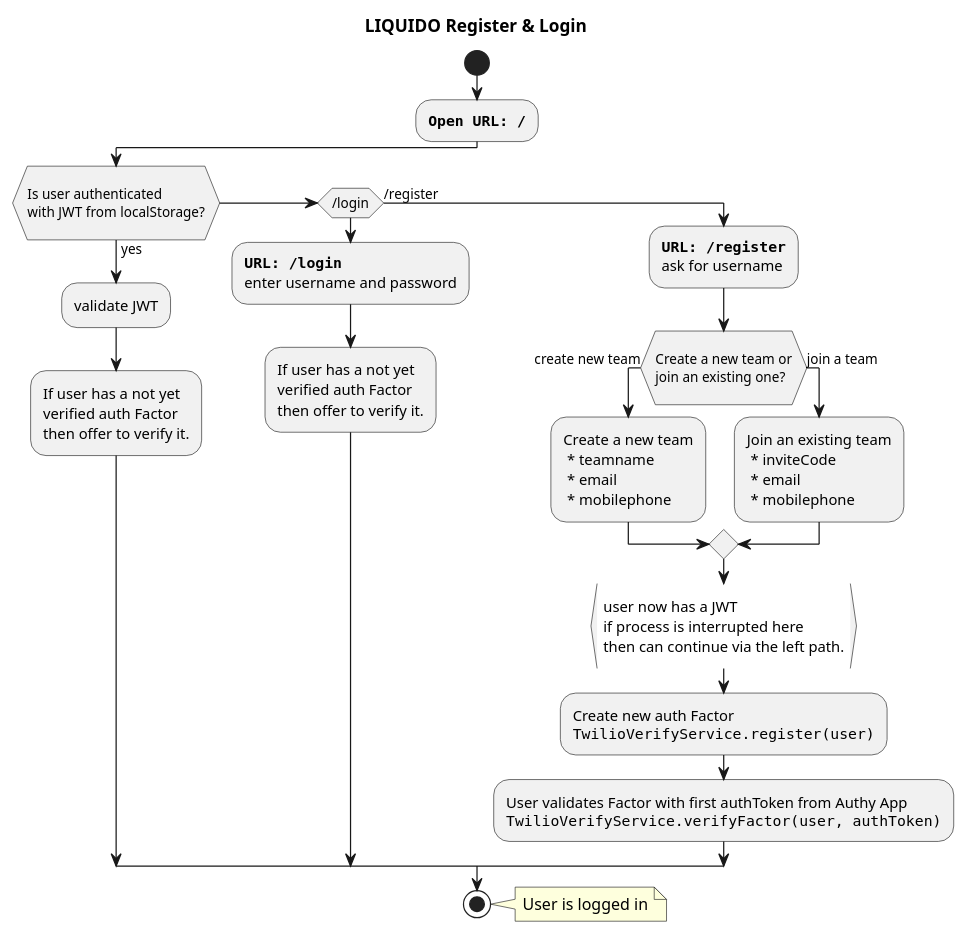
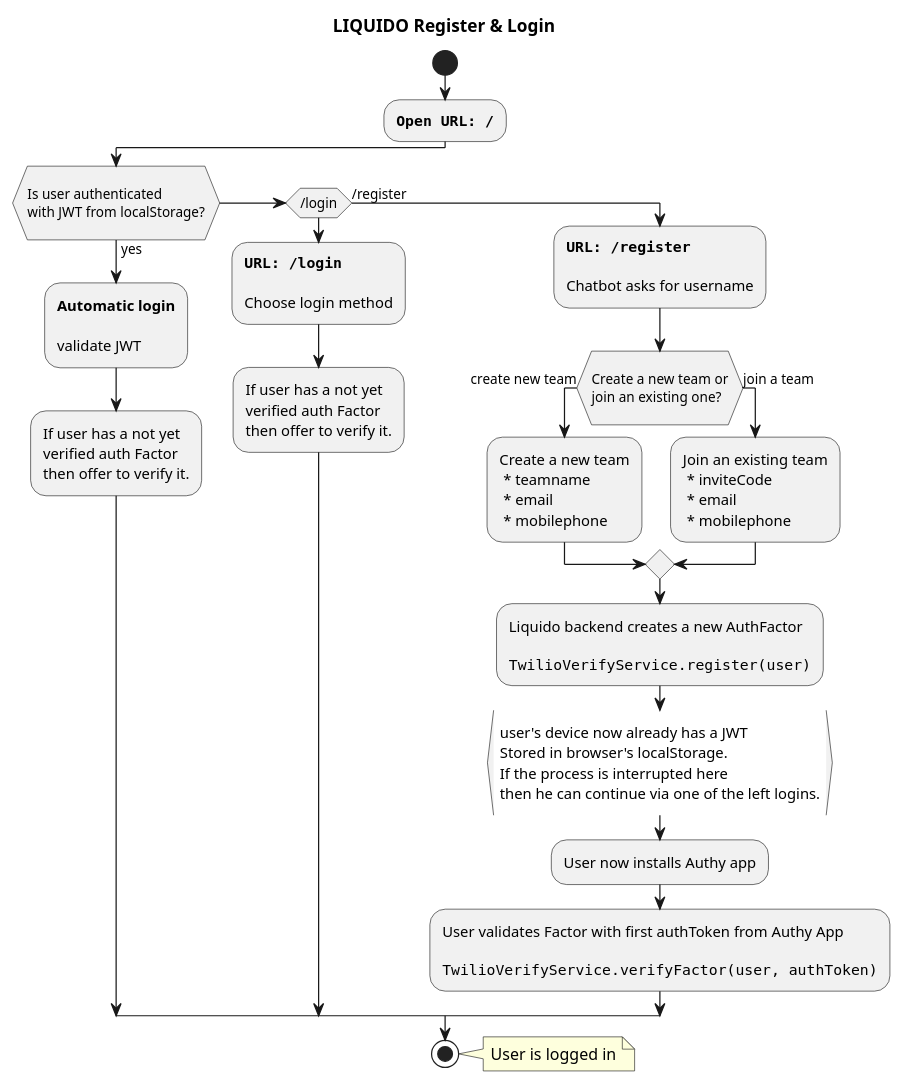
The diagram in docs/LoginAndRegister.plantuml (Doogiemuc/liquido-backend-quarkus), drawn with PlantUML before and after one commit. The commit also changed 15 other files, not shown here.

```diff
--- a/docs/LoginAndRegister.plantuml
+++ b/docs/LoginAndRegister.plantuml
@@ -1,65 +1,73 @@
 @startuml
 
 ' skin rose
 
 title LIQUIDO Register & Login
 
 start
 
 :**""Open URL: /""**;
 
 if (\nIs user authenticated\nwith JWT from localStorage?\n) then (yes)
 
-  :validate JWT;
+  :**Automatic login**
+
+  validate JWT;
 
   :If user has a not yet
   verified auth Factor
   then offer to verify it.;
 
 elseif (/login)
 
   :**""URL: /login""**
-  enter username and password;
+
+  Choose login method;
 
   :If user has a not yet
   verified auth Factor
   then offer to verify it.;
 
 else (/register)
 
   :**""URL: /register""**
-  ask for username;
+
+  Chatbot asks for username;
 
   if (\nCreate a new team or\njoin an existing one?\n) then (create new team)
 
     :Create a new team
      * teamname
      * email
      * mobilephone;
 
   else (join a team)
 
     :Join an existing team
      * inviteCode
      * email
      * mobilephone;
 
   endif
 
-  :user now has a JWT\nif process is interrupted here\nthen can continue via the left path.}
+  :Liquido backend creates a new AuthFactor
 
-  :Create new auth Factor
   ""TwilioVerifyService.register(user)"";
 
+  :user's device now already has a JWT\nStored in browser's localStorage.\nIf the process is interrupted here\nthen he can continue via one of the left logins.}
+
+  :User now installs Authy app;
+
   :User validates Factor with first authToken from Authy App
+
   ""TwilioVerifyService.verifyFactor(user, authToken)"";
 
 endif
 
 stop
 
 note right
   User is logged in
 end note
 
 @enduml
```
